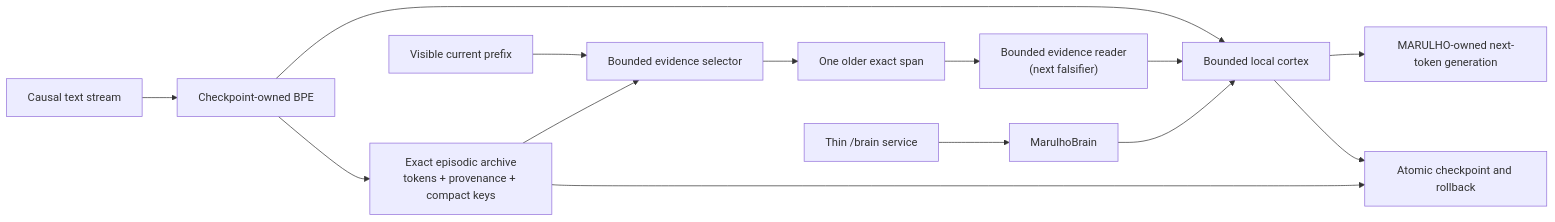
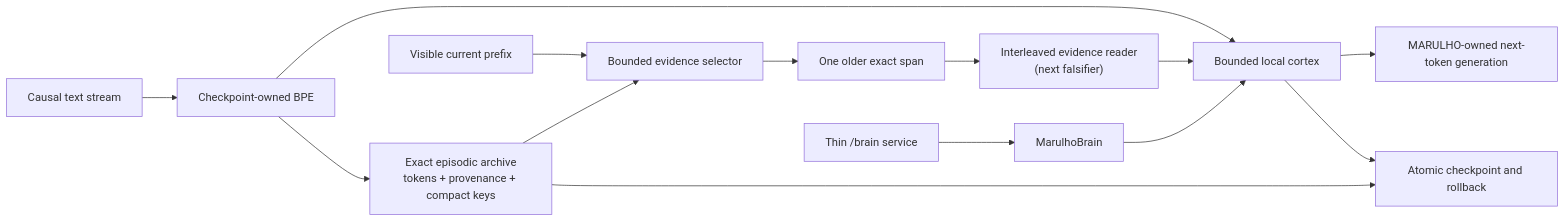
One commit to Tuafo/MARULHO changed the diagram in README.md. Above: the diagram before and after it, drawn with Mermaid. The commit also changed other lines of this file and 5 other files, not shown here.

Commit message:
Retire final-layer evidence reader

````diff
--- a/README.md
+++ b/README.md
@@ -31,16 +31,16 @@
 ```mermaid
 flowchart LR
     Stream["Causal text stream"] --> Tok["Checkpoint-owned BPE"]
     Tok --> Local["Bounded local cortex"]
     Tok --> Archive["Exact episodic archive<br/>tokens + provenance + compact keys"]
     Prefix["Visible current prefix"] --> Select["Bounded evidence selector"]
     Archive --> Select
     Select --> Evidence["One older exact span"]
-    Evidence --> Reader["Bounded evidence reader<br/>(next falsifier)"]
+    Evidence --> Reader["Interleaved evidence reader<br/>(next falsifier)"]
     Reader --> Local
     Local --> Output["MARULHO-owned next-token generation"]
     Local --> Save["Atomic checkpoint and rollback"]
     Archive --> Save
     Brain["MarulhoBrain"] --> Local
     Service["Thin /brain service"] --> Brain
 ```
````
